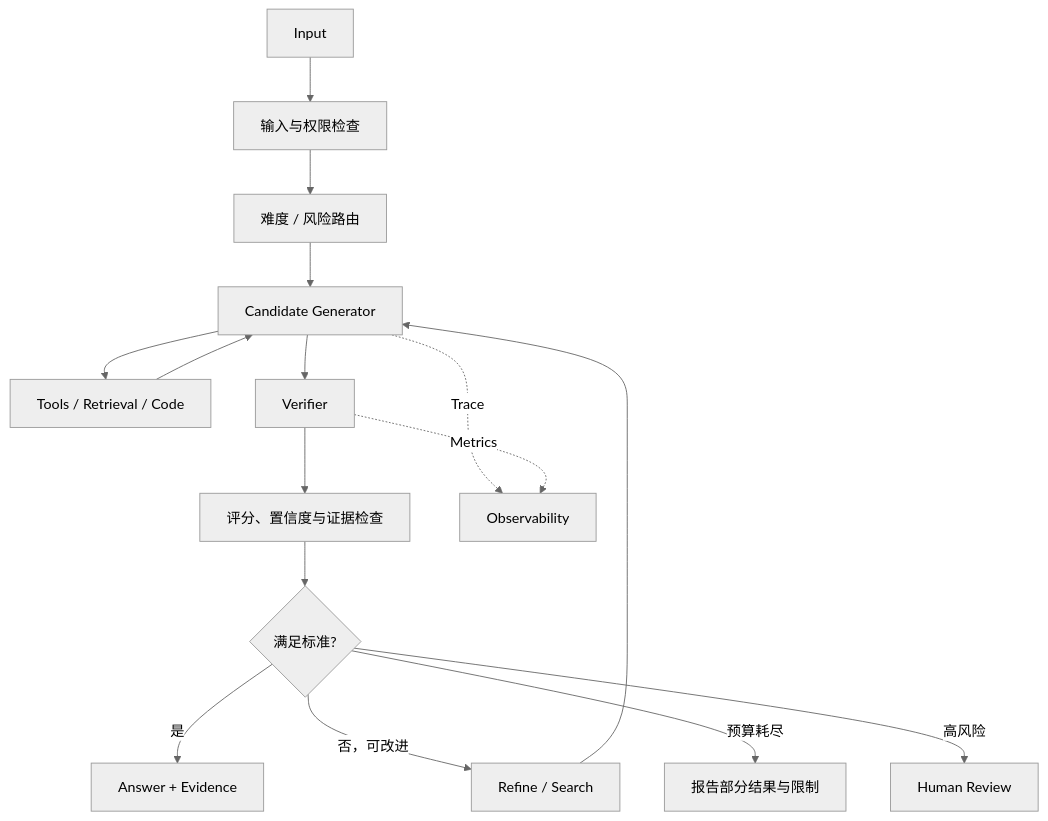
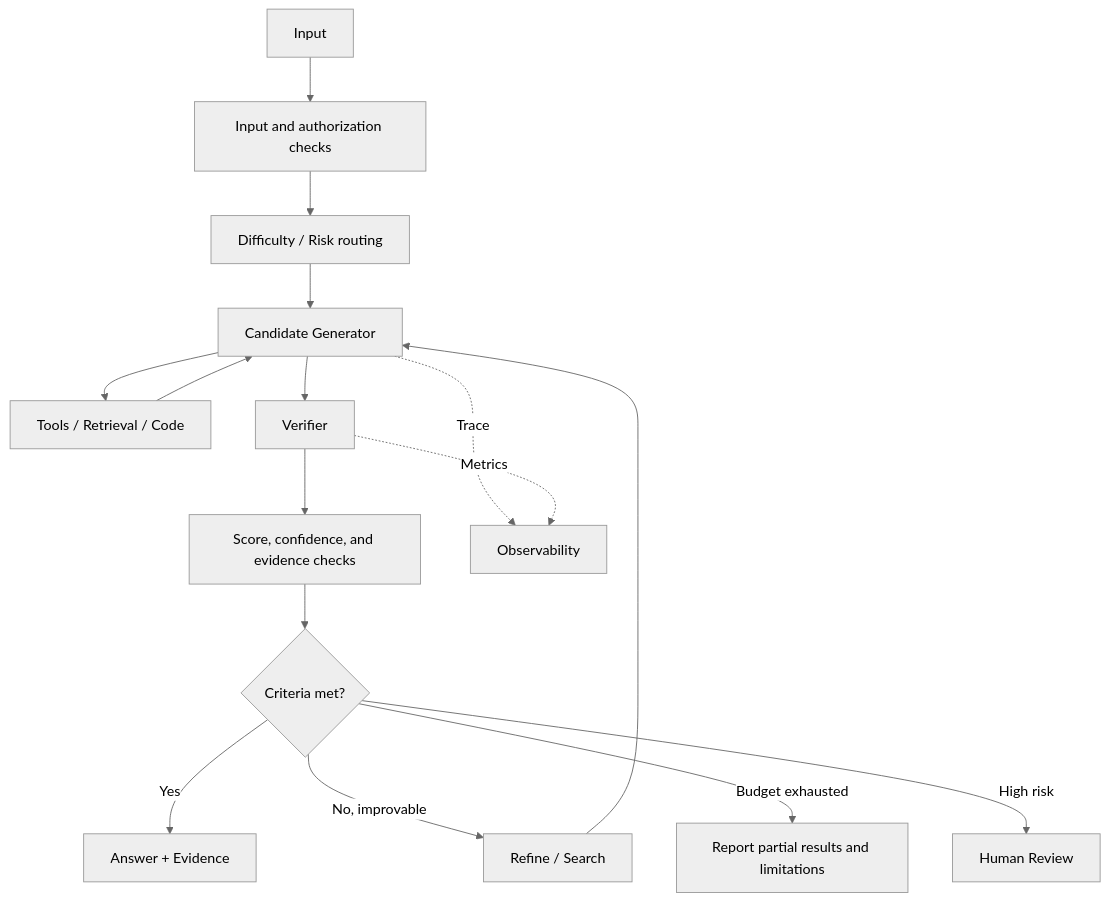
Before and after one commit to oneleaveknowsthefall/awesome-ai-roadmap: diagram 17 of 17 in docs/agent/02-reasoning-planning/05-agent-reasoning-methods.md, drawn with Mermaid (neutral theme). The commit also changed other lines of this file and 68 other files, not shown here.

````diff
--- a/docs/agent/02-reasoning-planning/05-agent-reasoning-methods.md
+++ b/docs/agent/02-reasoning-planning/05-agent-reasoning-methods.md
@@ -757,22 +757,22 @@
 ```mermaid
 flowchart TB
-    IN[Input] --> SAFE[输入与权限检查]
-    SAFE --> ROUTER[难度 / 风险路由]
+    IN[Input] --> SAFE[Input and authorization checks]
+    SAFE --> ROUTER[Difficulty / Risk routing]
 
     ROUTER --> GEN[Candidate Generator]
     GEN --> TOOLS[Tools / Retrieval / Code]
     TOOLS --> GEN
 
     GEN --> VERIFY[Verifier]
-    VERIFY --> SCORE[评分、置信度与证据检查]
-    SCORE --> DEC{满足标准?}
+    VERIFY --> SCORE[Score, confidence, and evidence checks]
+    SCORE --> DEC{Criteria met?}
 
-    DEC -->|是| OUT[Answer + Evidence]
-    DEC -->|否，可改进| REFINE[Refine / Search]
+    DEC -->|Yes| OUT[Answer + Evidence]
+    DEC -->|No, improvable| REFINE[Refine / Search]
     REFINE --> GEN
-    DEC -->|预算耗尽| PARTIAL[报告部分结果与限制]
-    DEC -->|高风险| HUMAN[Human Review]
+    DEC -->|Budget exhausted| PARTIAL[Report partial results and limitations]
+    DEC -->|High risk| HUMAN[Human Review]
 
     GEN -.Trace.-> OBS[Observability]
     VERIFY -.Metrics.-> OBS
 ```
````
